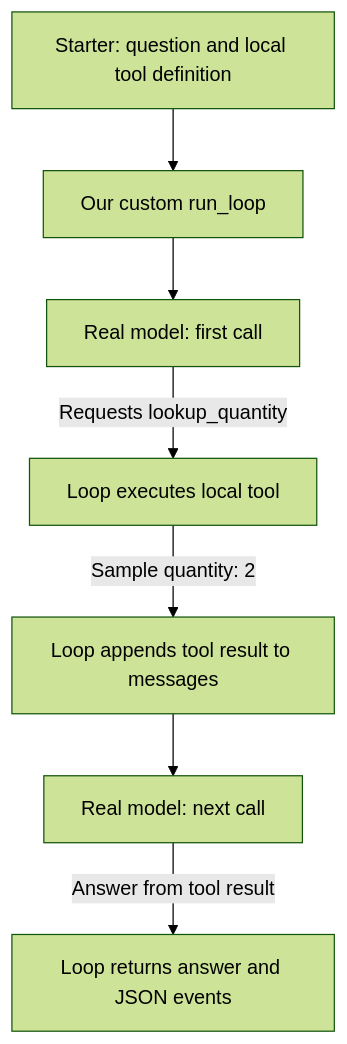
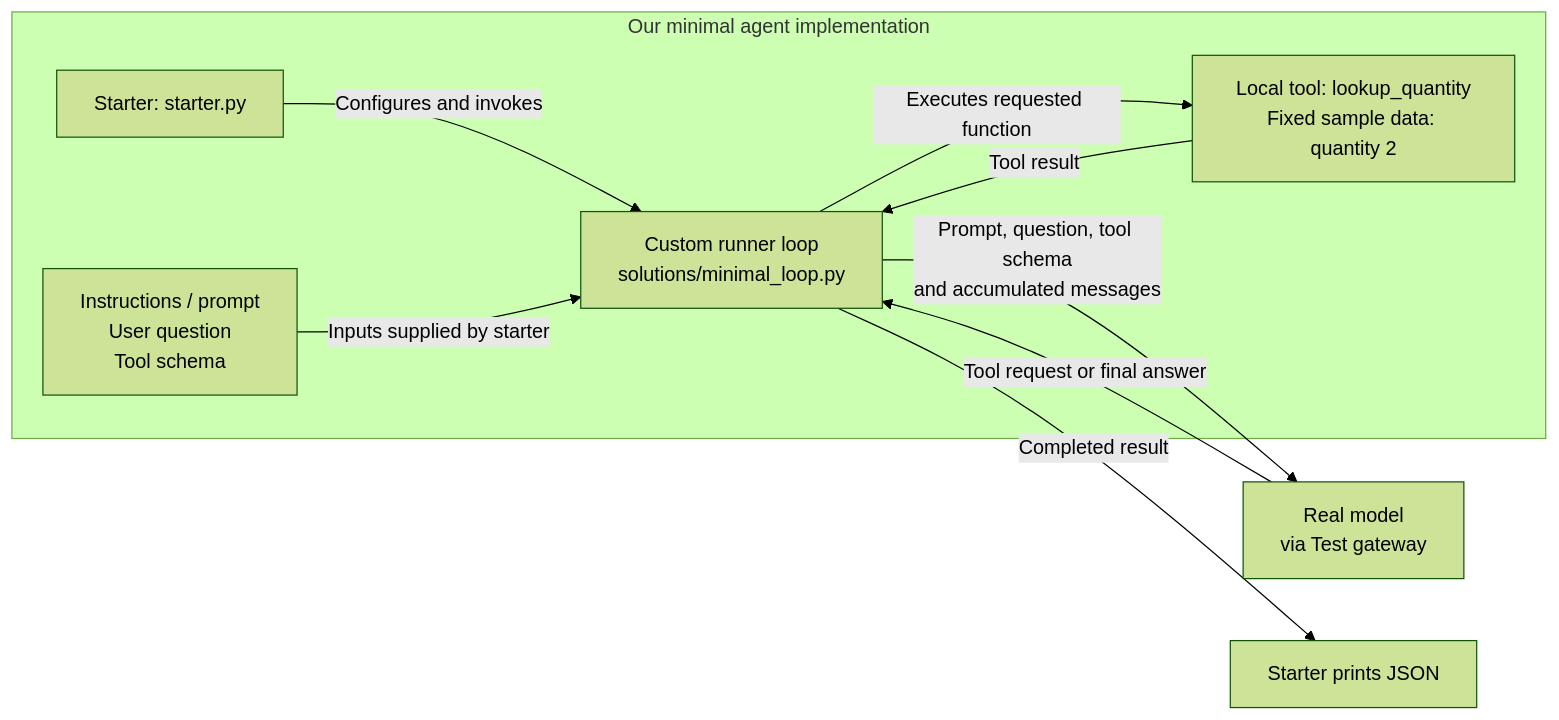
One commit to smakam/agentic-systems changed the diagram in course/exercises/agent-loop/exercise.md. Above: the diagram before and after it, drawn with Mermaid (forest theme). The commit also changed other lines of this file, not shown here.

Commit message:
Show minimal agent components in architecture block diagram

````diff
--- a/course/exercises/agent-loop/exercise.md
+++ b/course/exercises/agent-loop/exercise.md
@@ -43,9 +45,17 @@
 ```mermaid
-flowchart TD
-    A[Starter: question and local tool definition] --> B[Our custom run_loop]
-    B --> C[Real model: first call]
-    C -->|Requests lookup_quantity| D[Loop executes local tool]
-    D -->|Sample quantity: 2| E[Loop appends tool result to messages]
-    E --> F[Real model: next call]
-    F -->|Answer from tool result| G[Loop returns answer and JSON events]
+flowchart LR
+    subgraph Agent[Our minimal agent implementation]
+        S[Starter: starter.py]
+        P[Instructions / prompt<br/>User question<br/>Tool schema]
+        L[Custom runner loop<br/>solutions/minimal_loop.py]
+        T[Local tool: lookup_quantity<br/>Fixed sample data: quantity 2]
+        S -->|Configures and invokes| L
+        P -->|Inputs supplied by starter| L
+        L -->|Executes requested function| T
+        T -->|Tool result| L
+    end
+    M[Real model<br/>via Test gateway]
+    L -->|Prompt, question, tool schema<br/>and accumulated messages| M
+    M -->|Tool request or final answer| L
+    L -->|Completed result| O[Starter prints JSON]
 ```
````
